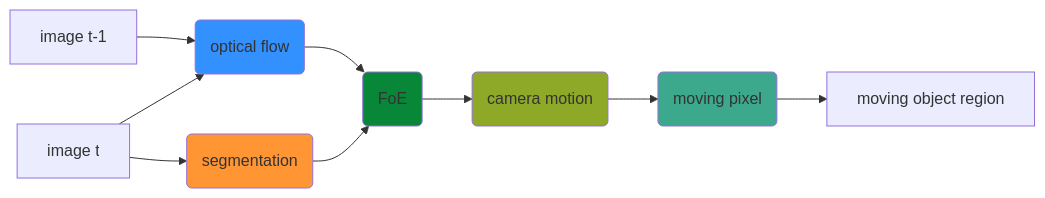
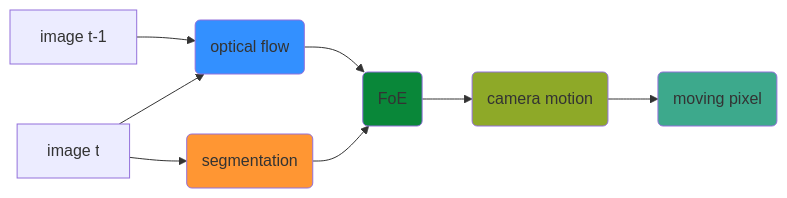
Before and after one commit to MasahiroOgawa/reconstruct4D: the diagram in doc/flowchart_whole.md, drawn with Mermaid.

Commit message:
update whole flow chart.

````diff
--- a/doc/flowchart_whole.md
+++ b/doc/flowchart_whole.md
@@ -1,17 +1,16 @@
 ```mermaid
 flowchart LR
     imgt-1[image t-1] --> flow(optical flow)
     imgt[image t] --> flow
     imgt --> seg(segmentation)
     flow --> foe(FoE)
     seg --> foe
     foe --> cam(camera motion)
     cam --> movpix(moving pixel)
-    movpix --> mov[moving object region]
 
     style flow fill:#3390FF
     style foe fill:#098739
     style cam fill: #8EA928
     style movpix fill: #3DA98C
     style seg fill:#FF9633
 ```
````
